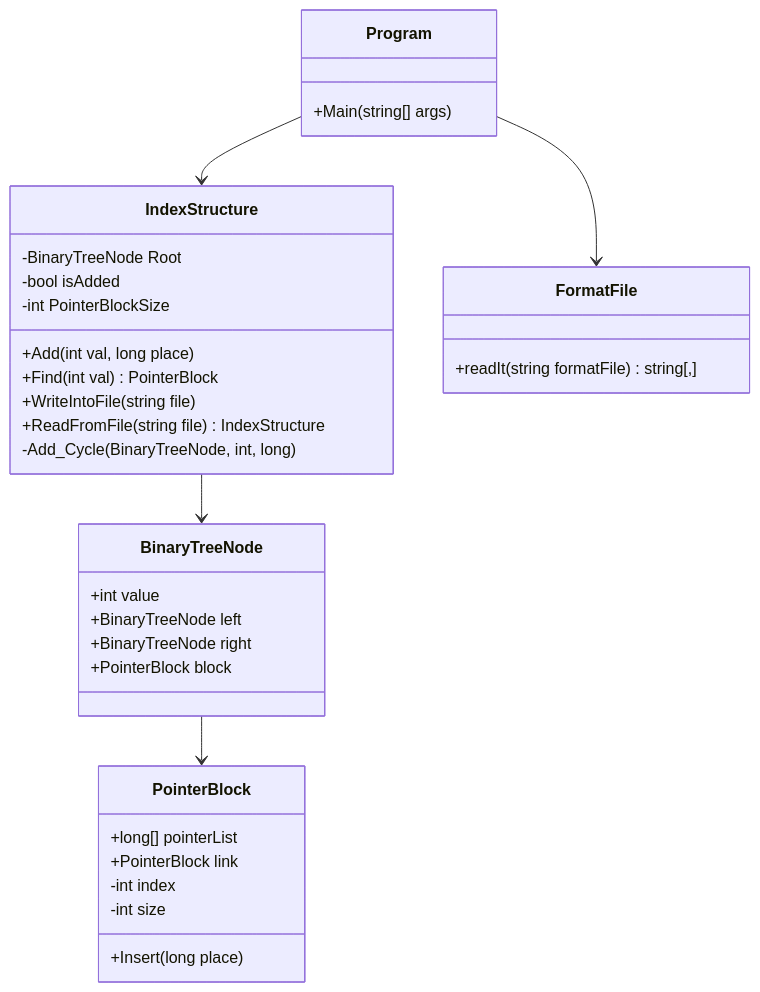
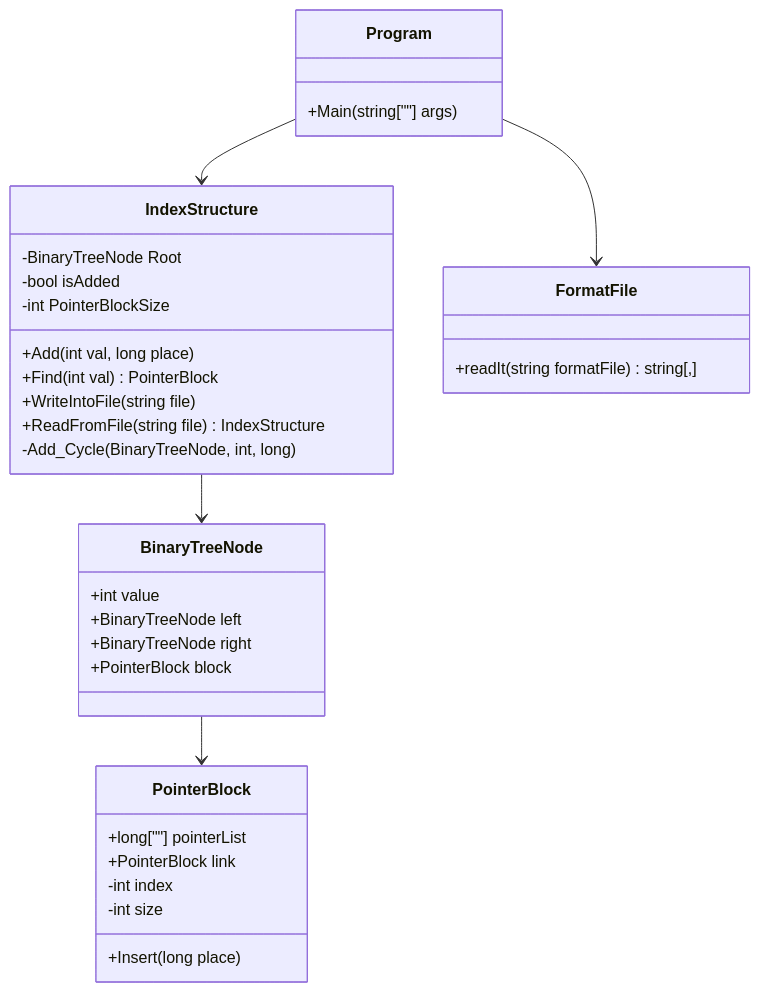
Before and after one commit to meturhan/create-index: the first of 2 diagrams in README.md, drawn with Mermaid. The commit also changed other lines of this file, not shown here.

Commit message:
fix mermaid: quote special char labels

````diff
--- a/README.md
+++ b/README.md
@@ -32,36 +32,36 @@
 ```mermaid
 classDiagram
     class IndexStructure {
         -BinaryTreeNode Root
         -bool isAdded
         -int PointerBlockSize
         +Add(int val, long place)
         +Find(int val) PointerBlock
         +WriteIntoFile(string file)
         +ReadFromFile(string file) IndexStructure
         -Add_Cycle(BinaryTreeNode, int, long)
     }
     class BinaryTreeNode {
         +int value
         +BinaryTreeNode left
         +BinaryTreeNode right
         +PointerBlock block
     }
     class PointerBlock {
-        +long[] pointerList
+        +long[""] pointerList
         +PointerBlock link
         -int index
         -int size
         +Insert(long place)
     }
     class FormatFile {
         +readIt(string formatFile) string[,]
     }
     class Program {
-        +Main(string[] args)
+        +Main(string[""] args)
     }
     IndexStructure --> BinaryTreeNode
     BinaryTreeNode --> PointerBlock
     Program --> IndexStructure
     Program --> FormatFile
 ```
````
